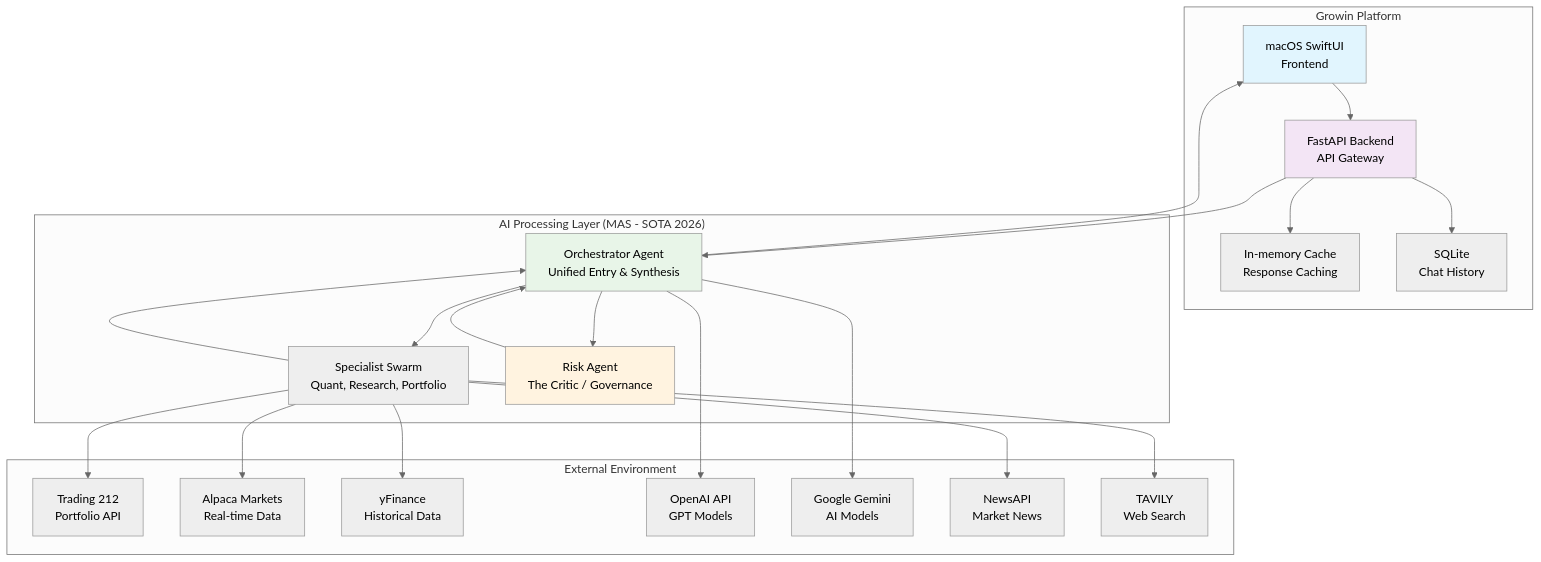
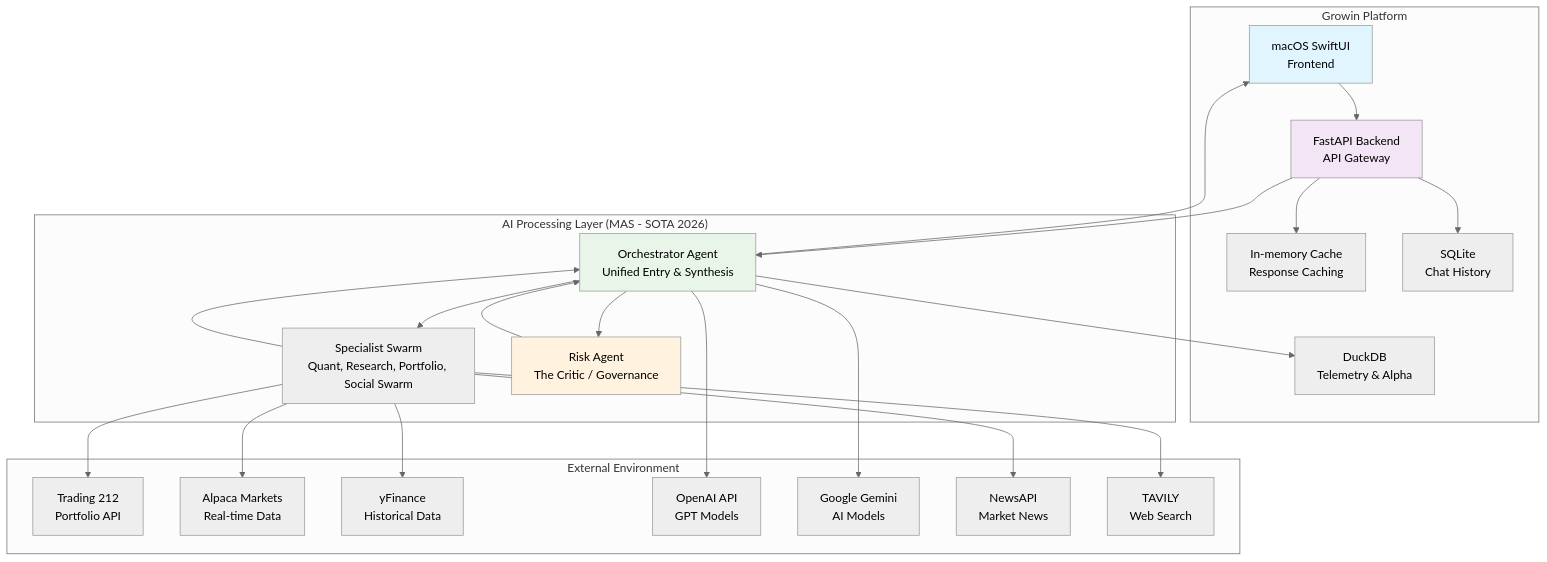
Before and after one commit to sank29mane/growin-app: the first of 2 diagrams in docs/ARCHITECTURE.md, drawn with Mermaid (neutral theme). The commit also changed other lines of this file and 5 other files, not shown here.

Commit message:
docs: update comprehensive architecture and strategy docs for Phase 20 SOTA baseline

````diff
--- a/docs/ARCHITECTURE.md
+++ b/docs/ARCHITECTURE.md
@@ -15,48 +15,50 @@
 ```mermaid
 graph TB
     subgraph "External Environment"
         T212[Trading 212<br/>Portfolio API]
         ALP[Alpaca Markets<br/>Real-time Data]
         YF[yFinance<br/>Historical Data]
         OPENAI[OpenAI API<br/>GPT Models]
         GEMINI[Google Gemini<br/>AI Models]
         NEWS[NewsAPI<br/>Market News]
         TAVILY[TAVILY<br/>Web Search]
     end
 
     subgraph "Growin Platform"
         UI[macOS SwiftUI<br/>Frontend]
         API[FastAPI Backend<br/>API Gateway]
         CACHE[In-memory Cache<br/>Response Caching]
         DB[SQLite<br/>Chat History]
+        ANALYTICS[DuckDB<br/>Telemetry & Alpha]
     end
 
     subgraph "AI Processing Layer (MAS - SOTA 2026)"
         ORCH[Orchestrator Agent<br/>Unified Entry & Synthesis]
-        SWARM[Specialist Swarm<br/>Quant, Research, Portfolio]
+        SWARM[Specialist Swarm<br/>Quant, Research, Portfolio, Social Swarm]
         RISK[Risk Agent<br/>The Critic / Governance]
     end
 
     UI --> API
     API --> CACHE
     API --> DB
     API --> ORCH
+    ORCH --> ANALYTICS
     ORCH --> SWARM
     SWARM --> ORCH
     ORCH --> RISK
     RISK --> ORCH
     ORCH --> UI
 
     SWARM --> T212
     SWARM --> ALP
     SWARM --> YF
     SWARM --> NEWS
     SWARM --> TAVILY
     ORCH --> OPENAI
     ORCH --> GEMINI
 
     style UI fill:#e1f5fe
     style API fill:#f3e5f5
     style ORCH fill:#e8f5e8
     style RISK fill:#fff3e0
 ```
````
